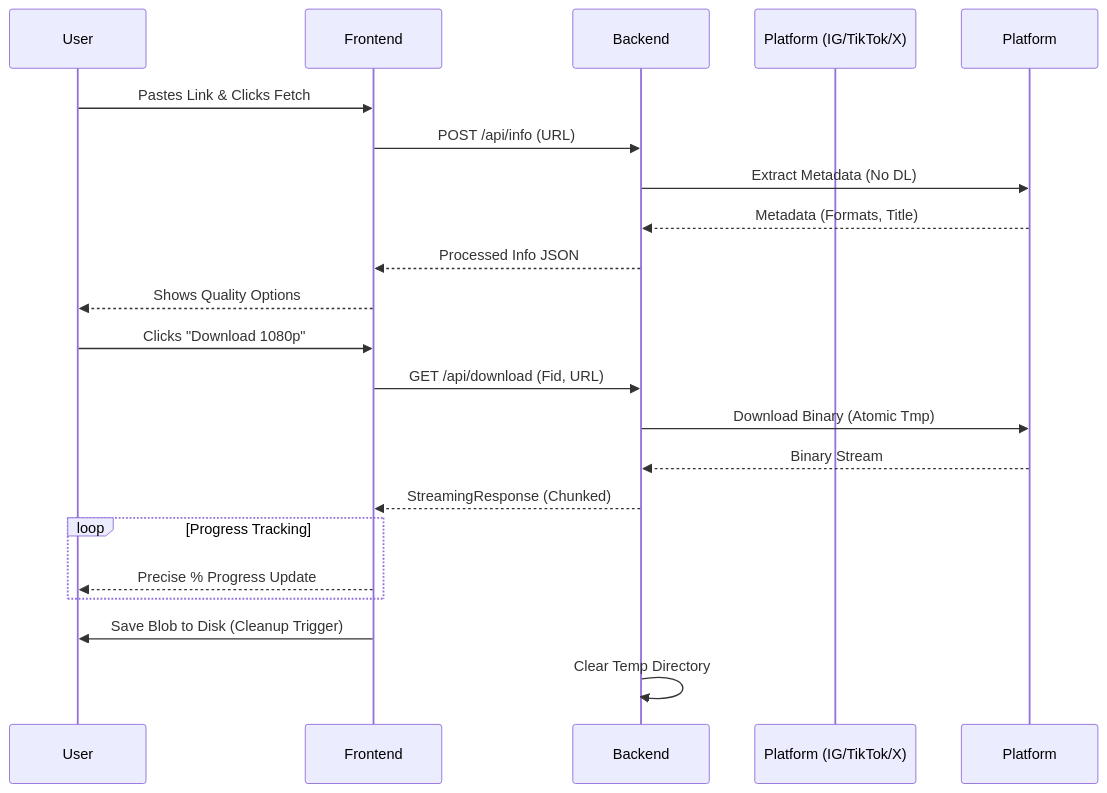
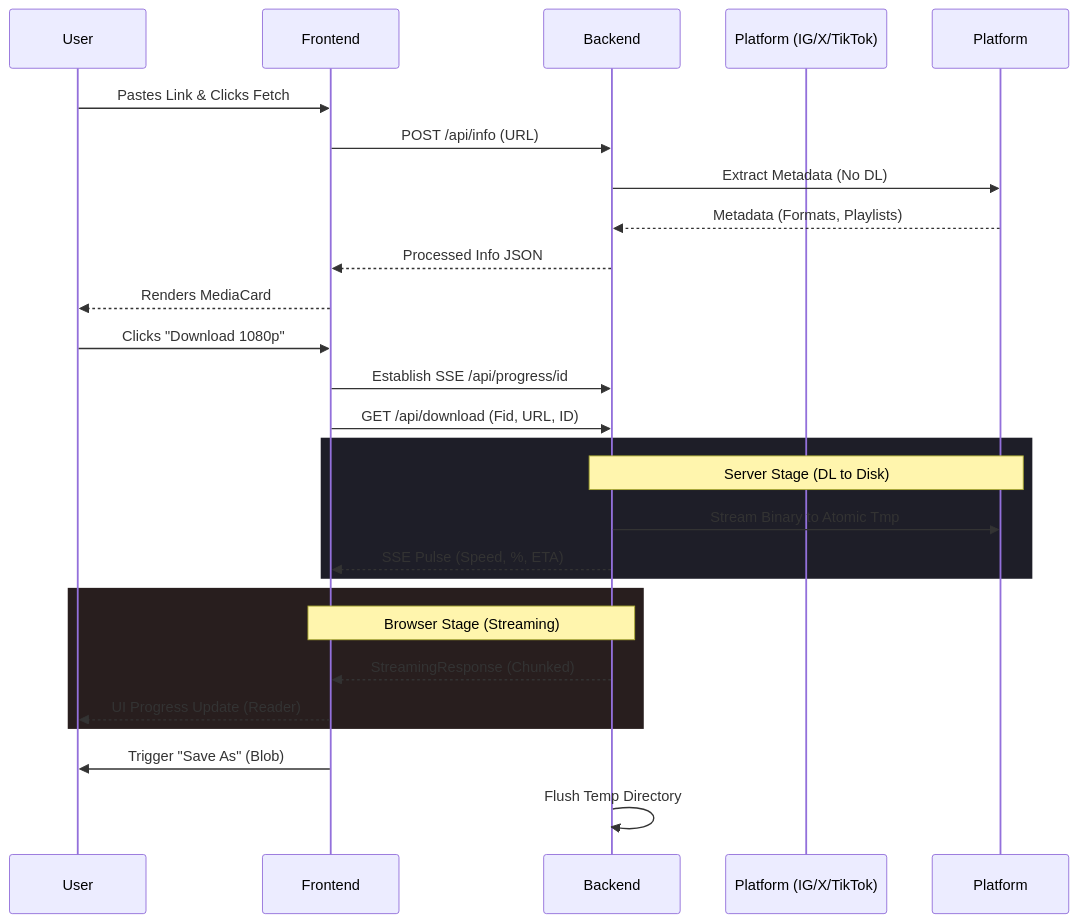
Before and after one commit to 100ngramjit/kwiksave: the diagram in README.md, drawn with Mermaid. The commit also changed other lines of this file and 1 other file, not shown here.

Commit message:
docs: update README with architecture enhancements and refactor App.js documentation

````diff
--- a/README.md
+++ b/README.md
@@ -61,25 +57,33 @@
 ```mermaid
 sequenceDiagram
     participant User
     participant Frontend
     participant Backend
-    participant Platform (IG/TikTok/X)
+    participant Platform (IG/X/TikTok)
 
     User->>Frontend: Pastes Link & Clicks Fetch
     Frontend->>Backend: POST /api/info (URL)
     Backend->>Platform: Extract Metadata (No DL)
-    Platform-->>Backend: Metadata (Formats, Title)
+    Platform-->>Backend: Metadata (Formats, Playlists)
     Backend-->>Frontend: Processed Info JSON
-    Frontend-->>User: Shows Quality Options
+    Frontend-->>User: Renders MediaCard
 
     User->>Frontend: Clicks "Download 1080p"
-    Frontend->>Backend: GET /api/download (Fid, URL)
-    Backend->>Platform: Download Binary (Atomic Tmp)
-    Platform-->>Backend: Binary Stream
+    Frontend->>Backend: Establish SSE /api/progress/id
+    Frontend->>Backend: GET /api/download (Fid, URL, ID)
+    
+    rect rgb(30, 30, 40)
+    Note over Backend,Platform: Server Stage (DL to Disk)
+    Backend->>Platform: Stream Binary to Atomic Tmp
+    Backend-->>Frontend: SSE Pulse (Speed, %, ETA)
+    end
+
+    rect rgb(40, 30, 30)
+    Note over Backend,Frontend: Browser Stage (Streaming)
     Backend-->>Frontend: StreamingResponse (Chunked)
-    loop Progress Tracking
-        Frontend-->>User: Precise % Progress Update
+    Frontend-->>User: UI Progress Update (Reader)
     end
-    Frontend->>User: Save Blob to Disk (Cleanup Trigger)
-    Backend->>Backend: Clear Temp Directory
+    
+    Frontend->>User: Trigger "Save As" (Blob)
+    Backend->>Backend: Flush Temp Directory
 ```
````
